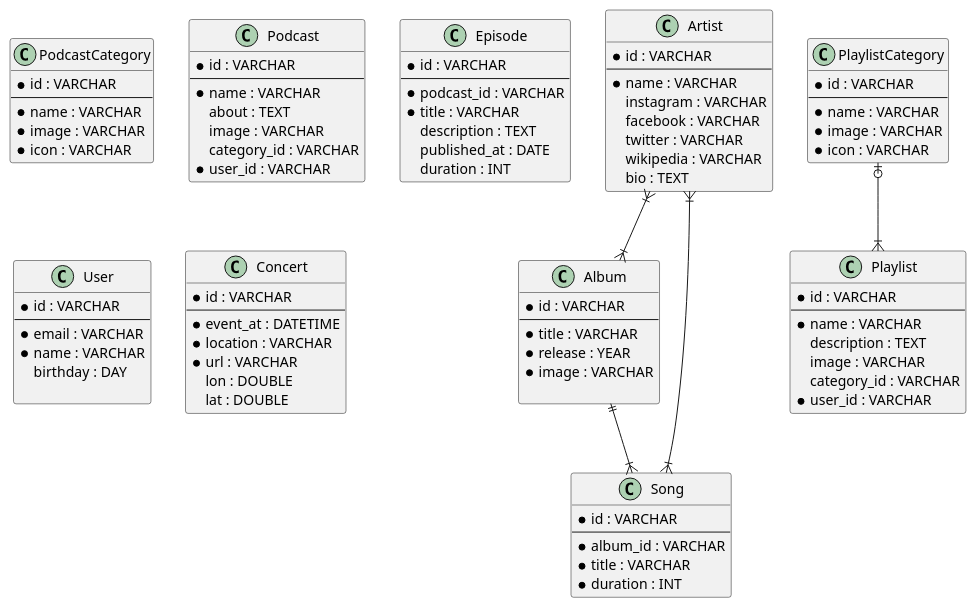
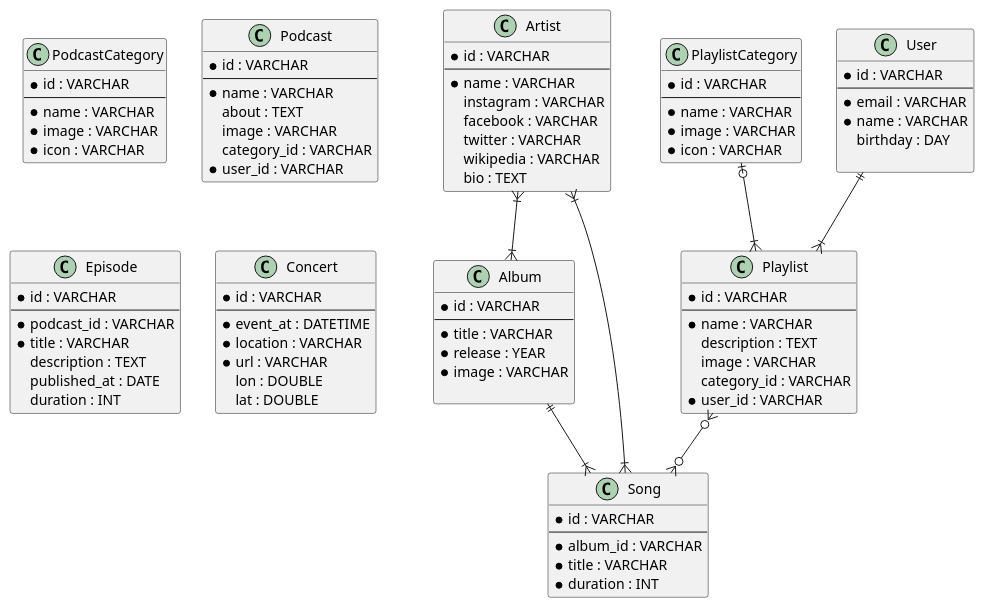
Before and after one commit to abuabdirohman4/db-mysql: the diagram in spotify.puml, drawn with PlantUML.

Commit message:
add : entity relation of playlist

```diff
--- a/spotify.puml
+++ b/spotify.puml
@@ -1,91 +1,93 @@
 @startuml Spotify
 class Artist {
     * id : VARCHAR
     --
     * name : VARCHAR
     instagram : VARCHAR
     facebook : VARCHAR
     twitter : VARCHAR
     wikipedia : VARCHAR
     bio : TEXT
 }
 class Album {
     * id : VARCHAR
     --
     * title : VARCHAR
     * release : YEAR
     * image : VARCHAR
 
 }
 class Song {
     * id : VARCHAR
     --
     * album_id : VARCHAR
     * title : VARCHAR
     * duration : INT
 }
 class PlaylistCategory {
     * id : VARCHAR
     --
     * name : VARCHAR
     * image : VARCHAR
     * icon : VARCHAR
 }
 class Playlist {
     * id : VARCHAR
     --
     * name : VARCHAR
     description : TEXT
     image : VARCHAR
     category_id : VARCHAR
     * user_id : VARCHAR
 }
 class PodcastCategory {
     * id : VARCHAR
     --
     * name : VARCHAR
     * image : VARCHAR
     * icon : VARCHAR
 }
 class Podcast {
     * id : VARCHAR
     --
     * name : VARCHAR
     about : TEXT
     image : VARCHAR
     category_id : VARCHAR
     * user_id : VARCHAR
 }
 class Episode {
     * id : VARCHAR
     --
     * podcast_id : VARCHAR
     * title : VARCHAR
     description : TEXT
     published_at : DATE
     duration : INT
 }
 class User {
     * id : VARCHAR 
     --
     * email : VARCHAR
     * name : VARCHAR
     birthday : DAY
 
 }
 class Concert {
     * id : VARCHAR
     --
     * event_at : DATETIME
     * location : VARCHAR
     * url : VARCHAR
     lon : DOUBLE
     lat : DOUBLE
 }
 
 Artist }|--|{ Album
-Album ||--|{Song
+Album ||--|{ Song
 Artist }|--|{ Song
 PlaylistCategory |o--|{ Playlist
+User ||--|{ Playlist
+Playlist }o--o{ Song
 
 @enduml
```
